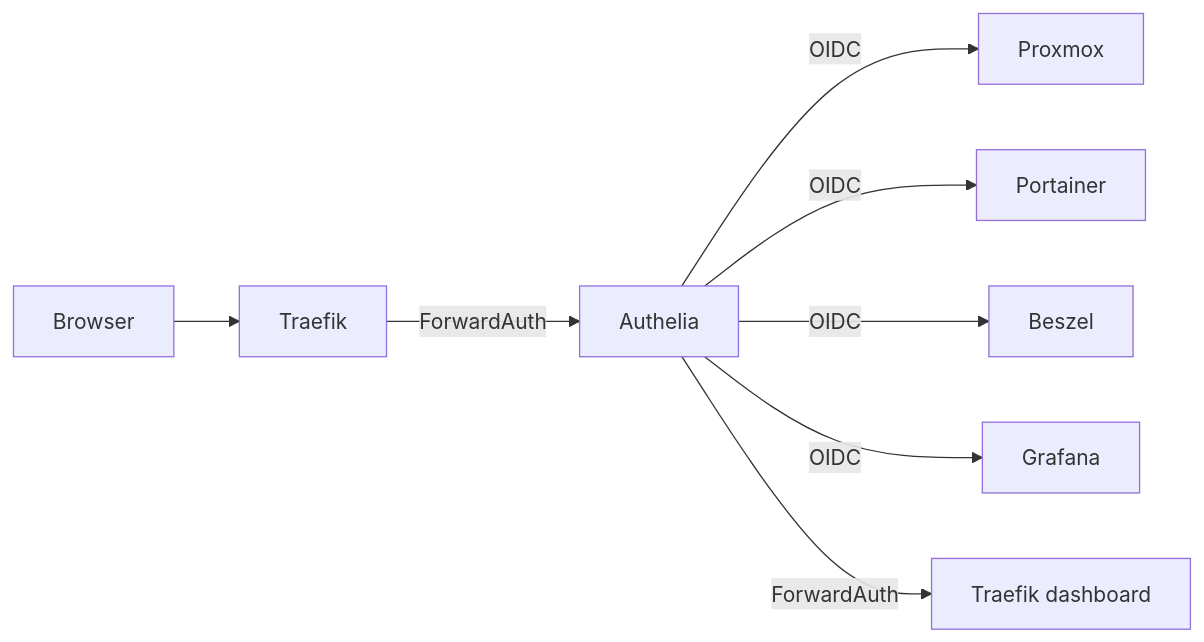
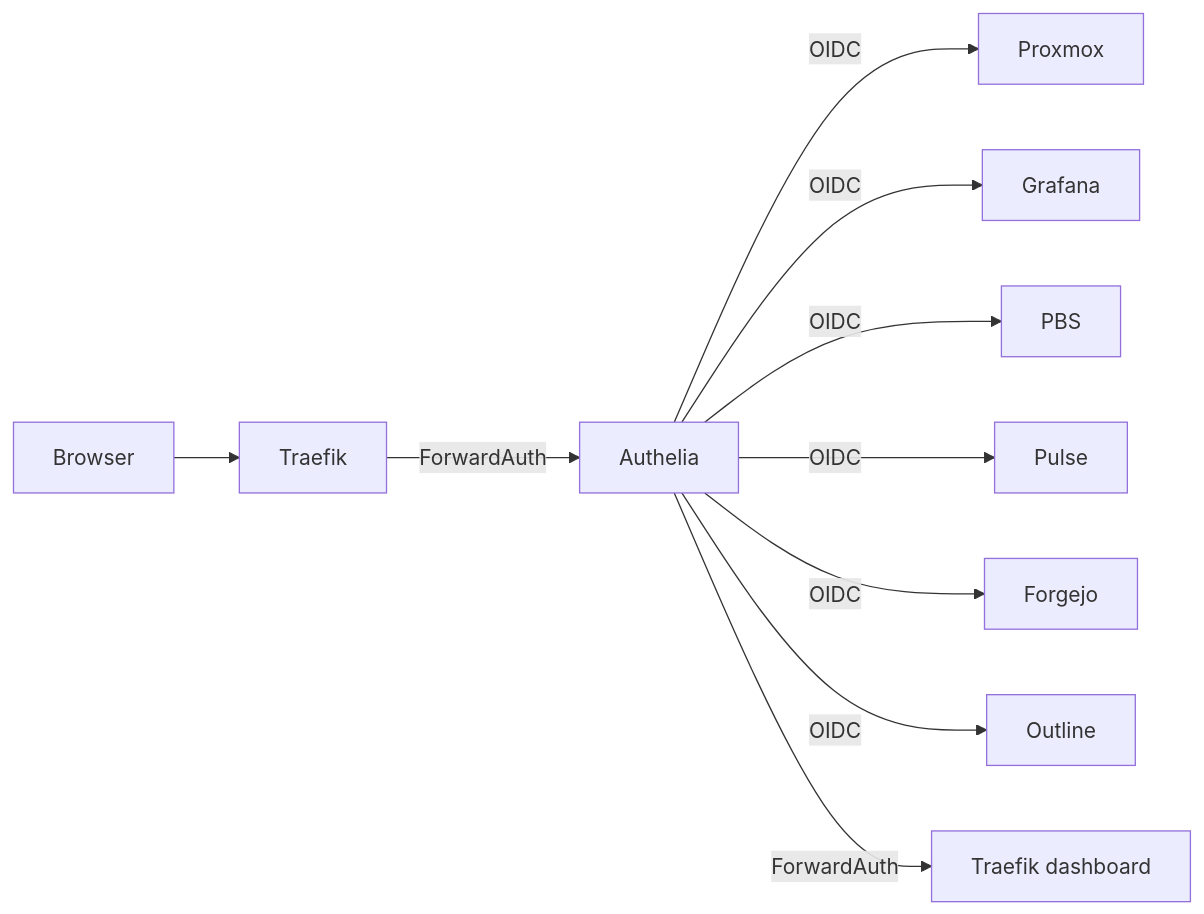
Before and after one commit to GabinSMD/homelab-doc: the diagram in docs/services/authelia.md, drawn with Mermaid. The commit also changed other lines of this file and 21 other files, not shown here.

````diff
--- a/docs/services/authelia.md
+++ b/docs/services/authelia.md
@@ -15,10 +15,12 @@
 ```mermaid
 graph LR
     Browser --> Traefik
     Traefik -->|ForwardAuth| Authelia
     Authelia -->|OIDC| Proxmox
-    Authelia -->|OIDC| Portainer
-    Authelia -->|OIDC| Beszel
     Authelia -->|OIDC| Grafana
+    Authelia -->|OIDC| PBS
+    Authelia -->|OIDC| Pulse
+    Authelia -->|OIDC| Forgejo
+    Authelia -->|OIDC| Outline
     Authelia -->|ForwardAuth| Traefik_dash[Traefik dashboard]
 ```
````
